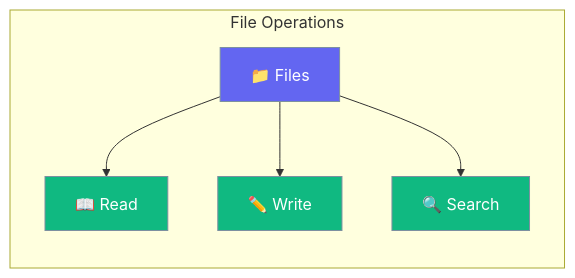
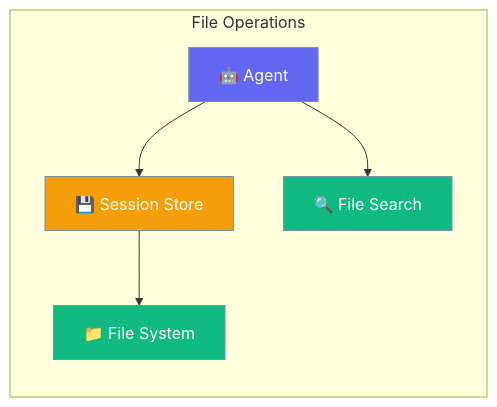
One commit to MervinPraison/PraisonAIDocs changed the first of 2 diagrams in docs/rust/files.mdx. Above: the diagram before and after it, drawn with Mermaid. The commit also changed other lines of this file and 87 other files, not shown here.

````diff
--- a/docs/rust/files.mdx
+++ b/docs/rust/files.mdx
@@ -10,14 +10,16 @@
 ```mermaid
 graph LR
     subgraph "File Operations"
-        F[📁 Files] --> R[📖 Read]
-        F --> W[✏️ Write]
-        F --> S[🔍 Search]
+        A[🤖 Agent] --> S[💾 Session Store]
+        S --> F[📁 File System]
+        A --> R[🔍 File Search]
     end
     
-    classDef files fill:#6366F1,stroke:#7C90A0,color:#fff
-    classDef ops fill:#10B981,stroke:#7C90A0,color:#fff
+    classDef agent fill:#6366F1,stroke:#7C90A0,color:#fff
+    classDef store fill:#F59E0B,stroke:#7C90A0,color:#fff
+    classDef file fill:#10B981,stroke:#7C90A0,color:#fff
     
-    class F files
-    class R,W,S ops
+    class A agent
+    class S store
+    class F,R file
 ```
````
